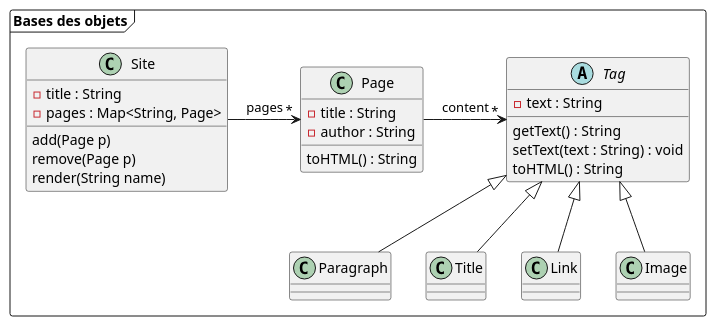
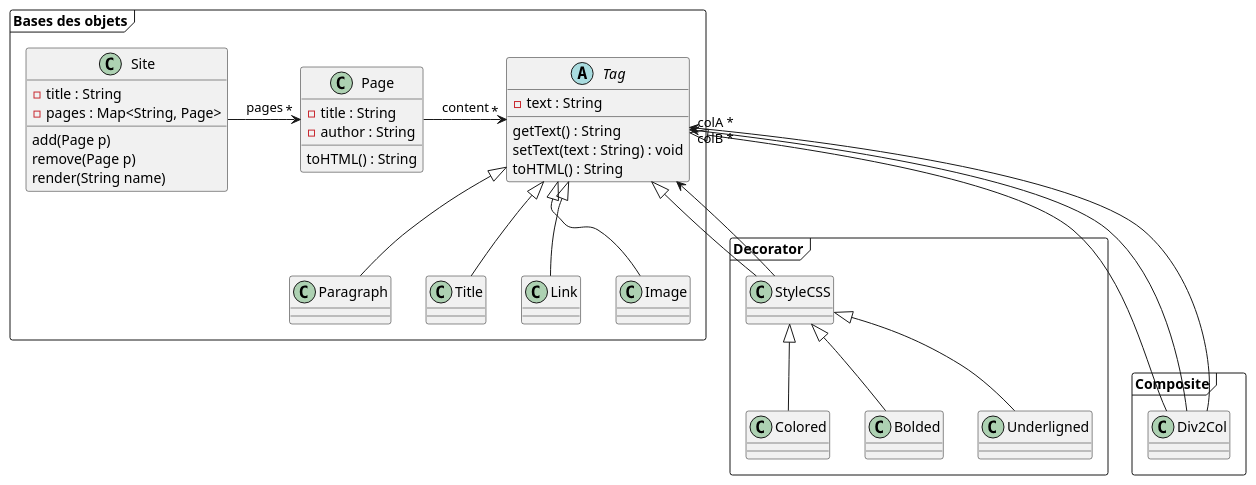
One commit to florentBourgeois/ENSISA2022_CMS changed the diagram in Documentation/CMS_UML.puml. Above: the diagram before and after it, drawn with PlantUML. The commit also changed 2 other files, not shown here.

Commit message:
Div2Col + StyleCSS

```diff
--- a/Documentation/CMS_UML.puml
+++ b/Documentation/CMS_UML.puml
@@ -1,36 +1,59 @@
 @startuml
 'https://plantuml.com/class-diagram
 
 
 package "Bases des objets" <<Frame>> {
 
     class Page {
         -title : String
         -author : String
         toHTML() : String
     }
 
     abstract class Tag {
         - text : String
         getText() : String
         setText(text : String) : void
         toHTML() : String
     }
 
     Tag <|-- Paragraph
     Tag <|-- Title
     Tag <|-- Link
     Tag <|-- Image
 
     Page -> "*" Tag : content
     Site -> "*" Page : pages
 
     class Site {
         -title : String
         -pages : Map<String, Page>
         add(Page p)
         remove(Page p)
         render(String name)
     }
 }
+
+package "Composite" <<Frame>> {
+
+    class Div2Col {
+
+    }
+
+    Tag <|--- Div2Col
+    Tag "colA *" <-- Div2Col
+    Tag "colB *" <-- Div2Col
+
+}
+
+package "Decorator" <<Frame>> {
+
+    Tag <|-- StyleCSS
+    Tag <-- StyleCSS
+
+    StyleCSS <|-- Colored
+    StyleCSS <|-- Bolded
+    StyleCSS <|-- Underligned
+
+}
 @enduml
```
